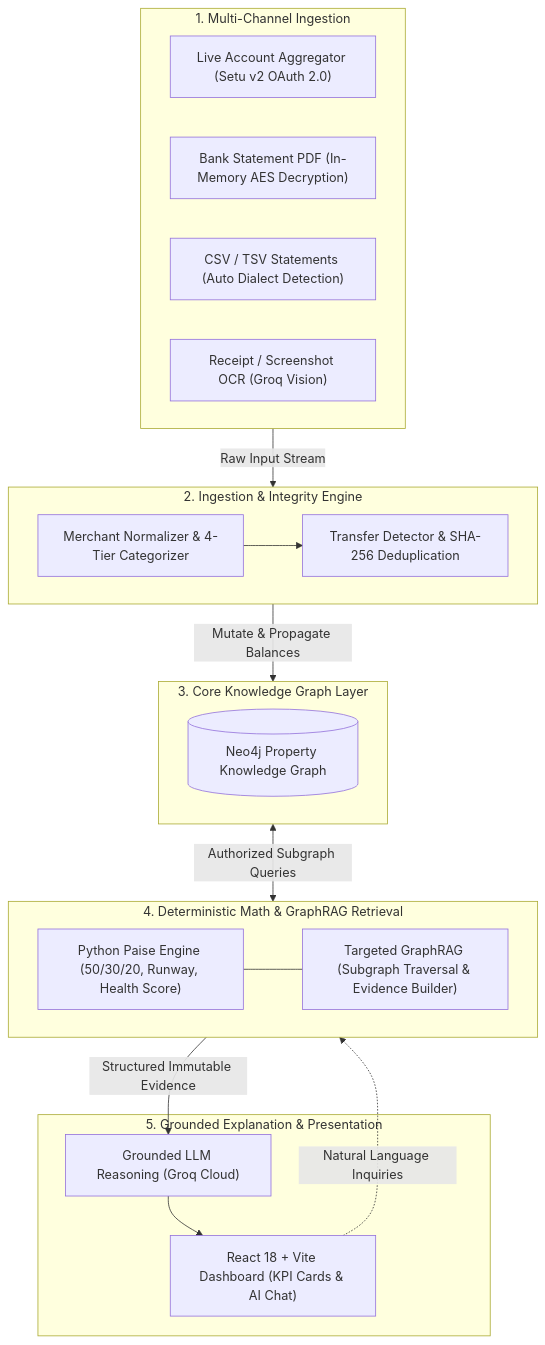
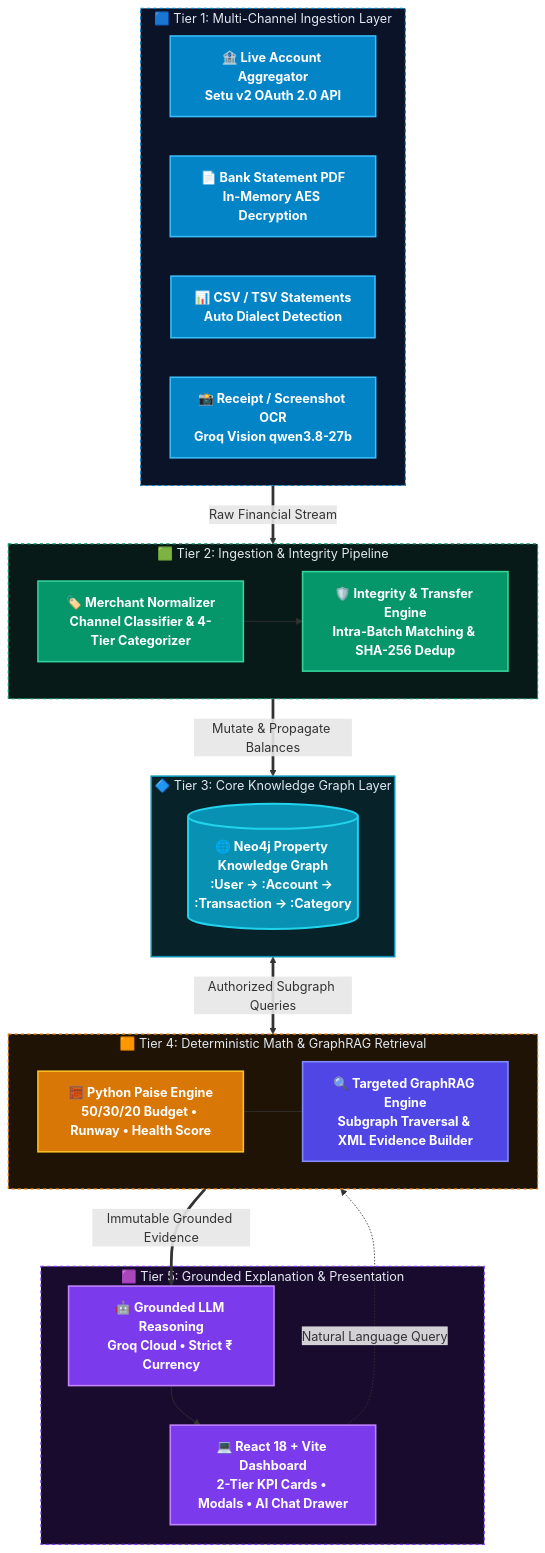
The first of 3 diagrams in README.md (HariomGupta0/Personal_Finance_AI_v1), drawn with Mermaid before and after one commit. The commit also changed other lines of this file, not shown here.

Commit message:
style(docs): apply vibrant color palette, icons, and custom CSS classes to architecture flowchart

````diff
--- a/README.md
+++ b/README.md
@@ -120,43 +120,64 @@
 ```mermaid
 flowchart TD
-    %% TIER 1: INGESTION
-    subgraph Tier1 ["1. Multi-Channel Ingestion"]
-        AA["Live Account Aggregator (Setu v2 OAuth 2.0)"]
-        PDF["Bank Statement PDF (In-Memory AES Decryption)"]
-        CSV["CSV / TSV Statements (Auto Dialect Detection)"]
-        OCR["Receipt / Screenshot OCR (Groq Vision)"]
+    %% TIER 1: INGESTION (SKY BLUE)
+    subgraph Tier1 ["🟦 Tier 1: Multi-Channel Ingestion Layer"]
+        AA["🏦 Live Account Aggregator<br/>Setu v2 OAuth 2.0 API"]
+        PDF["📄 Bank Statement PDF<br/>In-Memory AES Decryption"]
+        CSV["📊 CSV / TSV Statements<br/>Auto Dialect Detection"]
+        OCR["📸 Receipt / Screenshot OCR<br/>Groq Vision qwen3.8-27b"]
     end
 
-    %% TIER 2: INTEGRITY
-    subgraph Tier2 ["2. Ingestion & Integrity Engine"]
-        Norm["Merchant Normalizer & 4-Tier Categorizer"]
-        Dedup["Transfer Detector & SHA-256 Deduplication"]
+    %% TIER 2: INTEGRITY (EMERALD GREEN)
+    subgraph Tier2 ["🟩 Tier 2: Ingestion & Integrity Pipeline"]
+        Norm["🏷️ Merchant Normalizer<br/>Channel Classifier & 4-Tier Categorizer"]
+        Dedup["🛡️ Integrity & Transfer Engine<br/>Intra-Batch Matching & SHA-256 Dedup"]
         Norm --> Dedup
     end
 
-    %% TIER 3: GRAPH STORAGE
-    subgraph Tier3 ["3. Core Knowledge Graph Layer"]
-        Neo4j[("Neo4j Property Knowledge Graph")]
+    %% TIER 3: GRAPH STORAGE (CYAN / TEAL)
+    subgraph Tier3 ["🔷 Tier 3: Core Knowledge Graph Layer"]
+        Neo4j[("🌐 Neo4j Property Knowledge Graph<br/>:User → :Account → :Transaction → :Category")]
     end
 
-    %% TIER 4: COMPUTATION & RETRIEVAL
-    subgraph Tier4 ["4. Deterministic Math & GraphRAG Retrieval"]
-        Math["Python Paise Engine (50/30/20, Runway, Health Score)"]
-        RAG["Targeted GraphRAG (Subgraph Traversal & Evidence Builder)"]
+    %% TIER 4: COMPUTATION & RETRIEVAL (AMBER & INDIGO)
+    subgraph Tier4 ["🟧 Tier 4: Deterministic Math & GraphRAG Retrieval"]
+        Math["🧮 Python Paise Engine<br/>50/30/20 Budget • Runway • Health Score"]
+        RAG["🔍 Targeted GraphRAG Engine<br/>Subgraph Traversal & XML Evidence Builder"]
         Math --- RAG
     end
 
-    %% TIER 5: PRESENTATION
-    subgraph Tier5 ["5. Grounded Explanation & Presentation"]
-        LLM["Grounded LLM Reasoning (Groq Cloud)"]
-        UI["React 18 + Vite Dashboard (KPI Cards & AI Chat)"]
+    %% TIER 5: PRESENTATION (PURPLE / VIOLET)
+    subgraph Tier5 ["🟪 Tier 5: Grounded Explanation & Presentation"]
+        LLM["🤖 Grounded LLM Reasoning<br/>Groq Cloud • Strict ₹ Currency"]
+        UI["💻 React 18 + Vite Dashboard<br/>2-Tier KPI Cards • Modals • AI Chat Drawer"]
         LLM --> UI
     end
 
     %% INTER-TIER CONNECTIONS
-    Tier1 -->|Raw Input Stream| Tier2
-    Tier2 -->|Mutate & Propagate Balances| Tier3
-    Tier3 <-->|Authorized Subgraph Queries| Tier4
-    Tier4 -->|Structured Immutable Evidence| LLM
-    UI -.->|Natural Language Inquiries| Tier4
+    Tier1 ==>|Raw Financial Stream| Tier2
+    Tier2 ==>|Mutate & Propagate Balances| Tier3
+    Tier3 <==>|Authorized Subgraph Queries| Tier4
+    Tier4 ==>|Immutable Grounded Evidence| LLM
+    UI -.->|Natural Language Query| Tier4
+
+    %% CUSTOM COLOR PALETTE
+    classDef blueNode fill:#0284c7,stroke:#38bdf8,stroke-width:2px,color:#ffffff,font-weight:bold;
+    classDef emeraldNode fill:#059669,stroke:#34d399,stroke-width:2px,color:#ffffff,font-weight:bold;
+    classDef cyanNode fill:#0891b2,stroke:#22d3ee,stroke-width:2.5px,color:#ffffff,font-weight:bold;
+    classDef amberNode fill:#d97706,stroke:#fbbf24,stroke-width:2px,color:#ffffff,font-weight:bold;
+    classDef indigoNode fill:#4f46e5,stroke:#818cf8,stroke-width:2px,color:#ffffff,font-weight:bold;
+    classDef purpleNode fill:#7c3aed,stroke:#c084fc,stroke-width:2px,color:#ffffff,font-weight:bold;
+
+    class AA,PDF,CSV,OCR blueNode;
+    class Norm,Dedup emeraldNode;
+    class Neo4j cyanNode;
+    class Math amberNode;
+    class RAG indigoNode;
+    class LLM,UI purpleNode;
+
+    style Tier1 fill:#0b1329,stroke:#0284c7,stroke-width:1.5px,stroke-dasharray: 4 4,color:#e2e8f0;
+    style Tier2 fill:#071a17,stroke:#059669,stroke-width:1.5px,stroke-dasharray: 4 4,color:#e2e8f0;
+    style Tier3 fill:#082229,stroke:#0891b2,stroke-width:2px,color:#e2e8f0;
+    style Tier4 fill:#1f1305,stroke:#d97706,stroke-width:1.5px,stroke-dasharray: 4 4,color:#e2e8f0;
+    style Tier5 fill:#190b2e,stroke:#7c3aed,stroke-width:1.5px,stroke-dasharray: 4 4,color:#e2e8f0;
 ```
````
